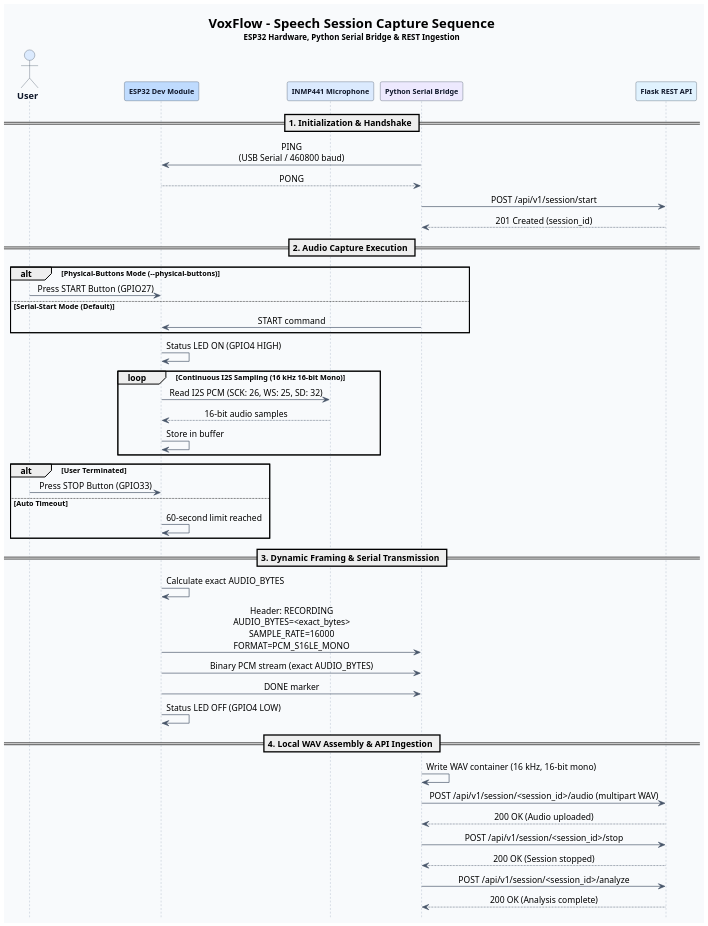
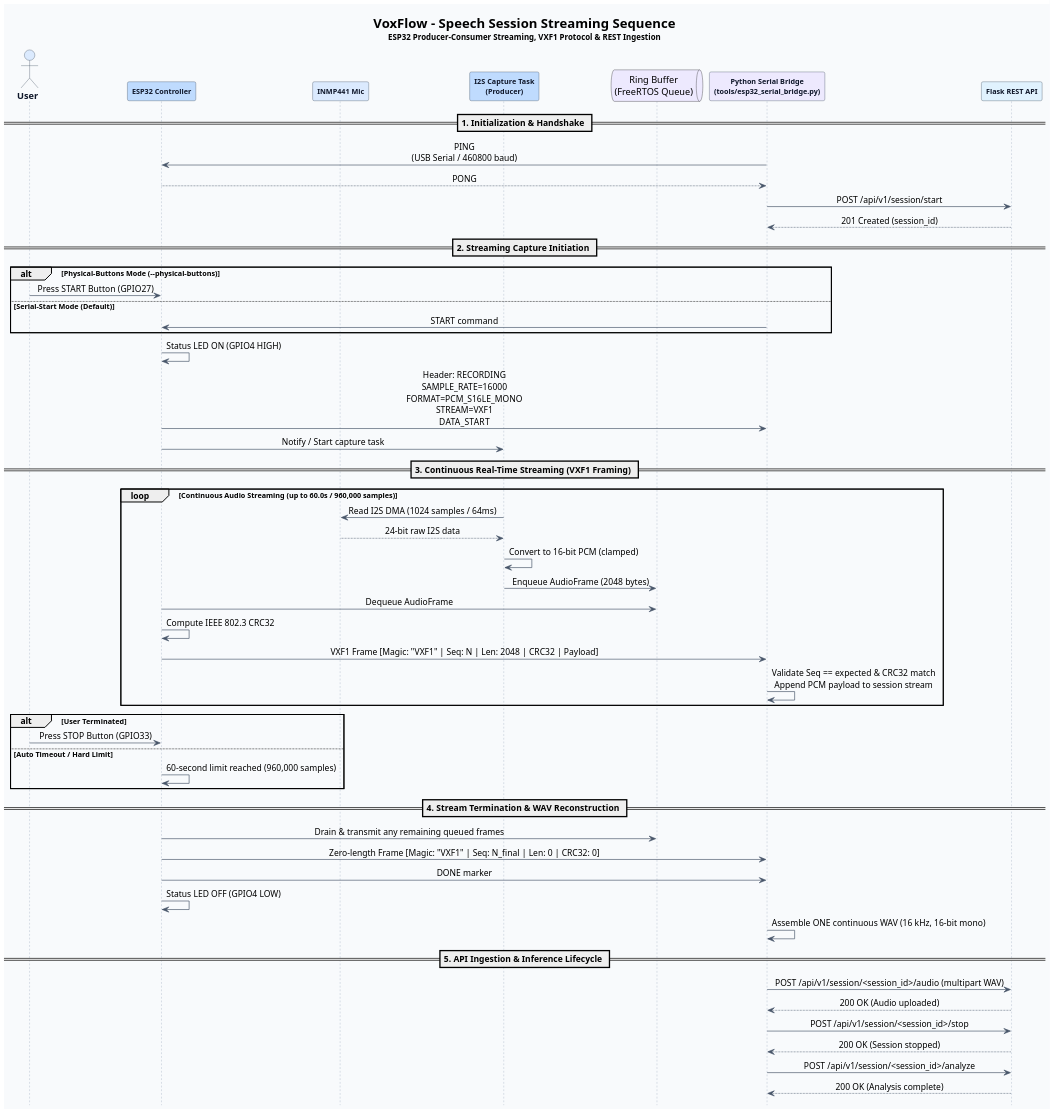
Before and after one commit to PetaSivaNandhanReddy/voxflow: the diagram in VoxFlow_uml/VoxFlow_uml/uml/03_audio_sequence.puml, drawn with PlantUML. The commit also changed 17 other files, not shown here.

Commit message:
docs(diagrams): align UML with VXF1 streaming architecture

```diff
--- a/VoxFlow_uml/VoxFlow_uml/uml/03_audio_sequence.puml
+++ b/VoxFlow_uml/VoxFlow_uml/uml/03_audio_sequence.puml
@@ -1,89 +1,100 @@
 @startuml
-title <size:20><b>VoxFlow - Speech Session Capture Sequence</b></size>\n<size:12>ESP32 Hardware, Python Serial Bridge & REST Ingestion</size>
+title <size:20><b>VoxFlow - Speech Session Streaming Sequence</b></size>\n<size:12>ESP32 Producer-Consumer Streaming, VXF1 Protocol & REST Ingestion</size>
 
 hide footbox
 
 skinparam backgroundColor #F8FAFC
 skinparam shadowing false
 skinparam dpi 170
 
 skinparam sequence {
     ArrowColor #475569
     LifeLineBorderColor #94A3B8
     LifeLineBackgroundColor #F8FAFC
 
     ParticipantBorderColor #334155
     ParticipantBackgroundColor #FFFFFF
     ParticipantFontColor #0F172A
     ParticipantFontStyle bold
 
     ActorBorderColor #334155
     ActorBackgroundColor #DBEAFE
     ActorFontColor #0F172A
     ActorFontStyle bold
 }
 
 skinparam participant {
     FontSize 11
 }
 
 skinparam sequenceMessageAlign center
 
 actor "User" as User #DBEAFE
-participant "ESP32 Dev Module" as ESP #BFDBFE
-participant "INMP441 Microphone" as Mic #DBEAFE
-participant "Python Serial Bridge" as Bridge #EDE9FE
+participant "ESP32 Controller" as ESP #BFDBFE
+participant "INMP441 Mic" as Mic #DBEAFE
+participant "I2S Capture Task\n(Producer)" as Producer #BFDBFE
+queue "Ring Buffer\n(FreeRTOS Queue)" as Queue #EDE9FE
+participant "Python Serial Bridge\n(tools/esp32_serial_bridge.py)" as Bridge #EDE9FE
 participant "Flask REST API" as API #E0F2FE
 
 == 1. Initialization & Handshake ==
 
 Bridge -> ESP : PING\n(USB Serial / 460800 baud)
 ESP --> Bridge : PONG
 
 Bridge -> API : POST /api/v1/session/start
 API --> Bridge : 201 Created (session_id)
 
-== 2. Audio Capture Execution ==
+== 2. Streaming Capture Initiation ==
 
 alt Physical-Buttons Mode (--physical-buttons)
     User -> ESP : Press START Button (GPIO27)
 else Serial-Start Mode (Default)
     Bridge -> ESP : START command
 end
 
 ESP -> ESP : Status LED ON (GPIO4 HIGH)
+ESP -> Bridge : Header: RECORDING\nSAMPLE_RATE=16000\nFORMAT=PCM_S16LE_MONO\nSTREAM=VXF1\nDATA_START
+ESP -> Producer : Notify / Start capture task
 
-loop Continuous I2S Sampling (16 kHz 16-bit Mono)
-    ESP -> Mic : Read I2S PCM (SCK: 26, WS: 25, SD: 32)
-    Mic --> ESP : 16-bit audio samples
-    ESP -> ESP : Store in buffer
+== 3. Continuous Real-Time Streaming (VXF1 Framing) ==
+
+loop Continuous Audio Streaming (up to 60.0s / 960,000 samples)
+    Producer -> Mic : Read I2S DMA (1024 samples / 64ms)
+    Mic --> Producer : 24-bit raw I2S data
+    Producer -> Producer : Convert to 16-bit PCM (clamped)
+    Producer -> Queue : Enqueue AudioFrame (2048 bytes)
+
+    ESP -> Queue : Dequeue AudioFrame
+    ESP -> ESP : Compute IEEE 802.3 CRC32
+    ESP -> Bridge : VXF1 Frame [Magic: "VXF1" | Seq: N | Len: 2048 | CRC32 | Payload]
+    Bridge -> Bridge : Validate Seq == expected & CRC32 match\nAppend PCM payload to session stream
 end
 
 alt User Terminated
     User -> ESP : Press STOP Button (GPIO33)
-else Auto Timeout
-    ESP -> ESP : 60-second limit reached
+else Auto Timeout / Hard Limit
+    ESP -> ESP : 60-second limit reached (960,000 samples)
 end
 
-== 3. Dynamic Framing & Serial Transmission ==
+== 4. Stream Termination & WAV Reconstruction ==
 
-ESP -> ESP : Calculate exact AUDIO_BYTES
-ESP -> Bridge : Header: RECORDING\nAUDIO_BYTES=<exact_bytes>\nSAMPLE_RATE=16000\nFORMAT=PCM_S16LE_MONO
-
-ESP -> Bridge : Binary PCM stream (exact AUDIO_BYTES)
+ESP -> Queue : Drain & transmit any remaining queued frames
+ESP -> Bridge : Zero-length Frame [Magic: "VXF1" | Seq: N_final | Len: 0 | CRC32: 0]
 ESP -> Bridge : DONE marker
 ESP -> ESP : Status LED OFF (GPIO4 LOW)
 
-== 4. Local WAV Assembly & API Ingestion ==
+Bridge -> Bridge : Assemble ONE continuous WAV (16 kHz, 16-bit mono)
 
-Bridge -> Bridge : Write WAV container (16 kHz, 16-bit mono)
+== 5. API Ingestion & Inference Lifecycle ==
+
 Bridge -> API : POST /api/v1/session/<session_id>/audio (multipart WAV)
 API --> Bridge : 200 OK (Audio uploaded)
 
 Bridge -> API : POST /api/v1/session/<session_id>/stop
 API --> Bridge : 200 OK (Session stopped)
 
 Bridge -> API : POST /api/v1/session/<session_id>/analyze
 API --> Bridge : 200 OK (Analysis complete)
 
 @enduml
```
